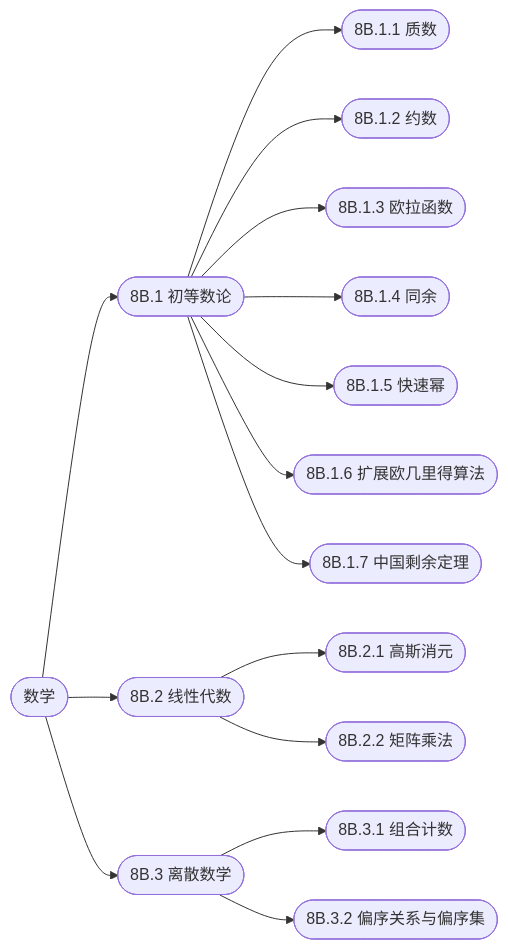
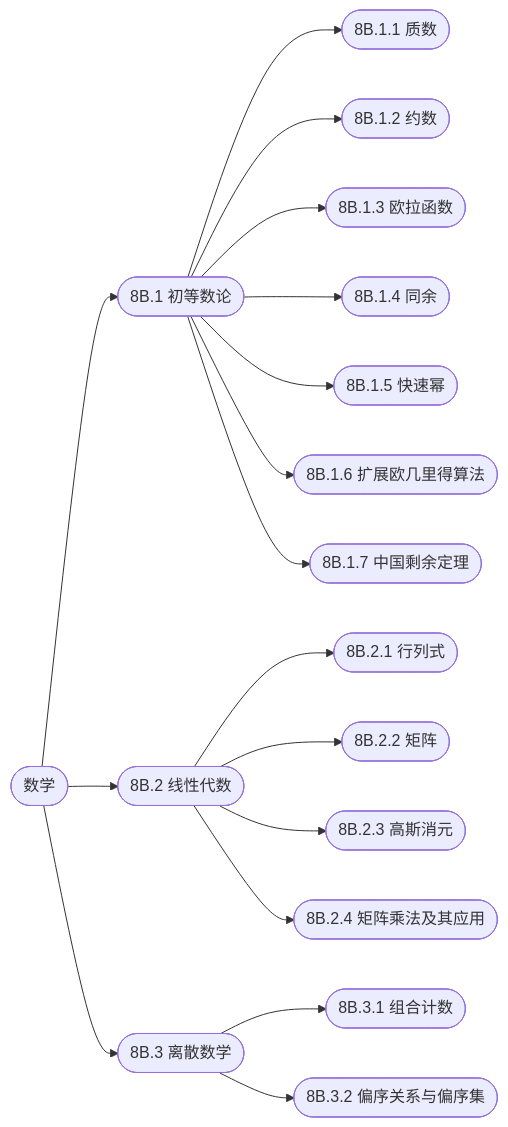
Before and after one commit to cuberxl/Coders-Note: the diagram in 8B-数学/index.md, drawn with Mermaid. The commit also changed 47 other files, not shown here.

````diff
--- a/8B-数学/index.md
+++ b/8B-数学/index.md
@@ -23,18 +23,20 @@
 ```mermaid
 flowchart LR
     R(["数学"])
     R --> N1(["8B.1 初等数论"])
     N1 --> N1_1(["8B.1.1 质数"])
     N1 --> N1_2(["8B.1.2 约数"])
     N1 --> N1_3(["8B.1.3 欧拉函数"])
     N1 --> N1_4(["8B.1.4 同余"])
     N1 --> N1_5(["8B.1.5 快速幂"])
     N1 --> N1_6(["8B.1.6 扩展欧几里得算法"])
     N1 --> N1_7(["8B.1.7 中国剩余定理"])
     R --> N2(["8B.2 线性代数"])
-    N2 --> N2_1(["8B.2.1 高斯消元"])
-    N2 --> N2_2(["8B.2.2 矩阵乘法"])
+    N2 --> N2_1(["8B.2.1 行列式"])
+    N2 --> N2_2(["8B.2.2 矩阵"])
+    N2 --> N2_3(["8B.2.3 高斯消元"])
+    N2 --> N2_4(["8B.2.4 矩阵乘法及其应用"])
     R --> N3(["8B.3 离散数学"])
     N3 --> N3_1(["8B.3.1 组合计数"])
     N3 --> N3_2(["8B.3.2 偏序关系与偏序集"])
 ```
````
